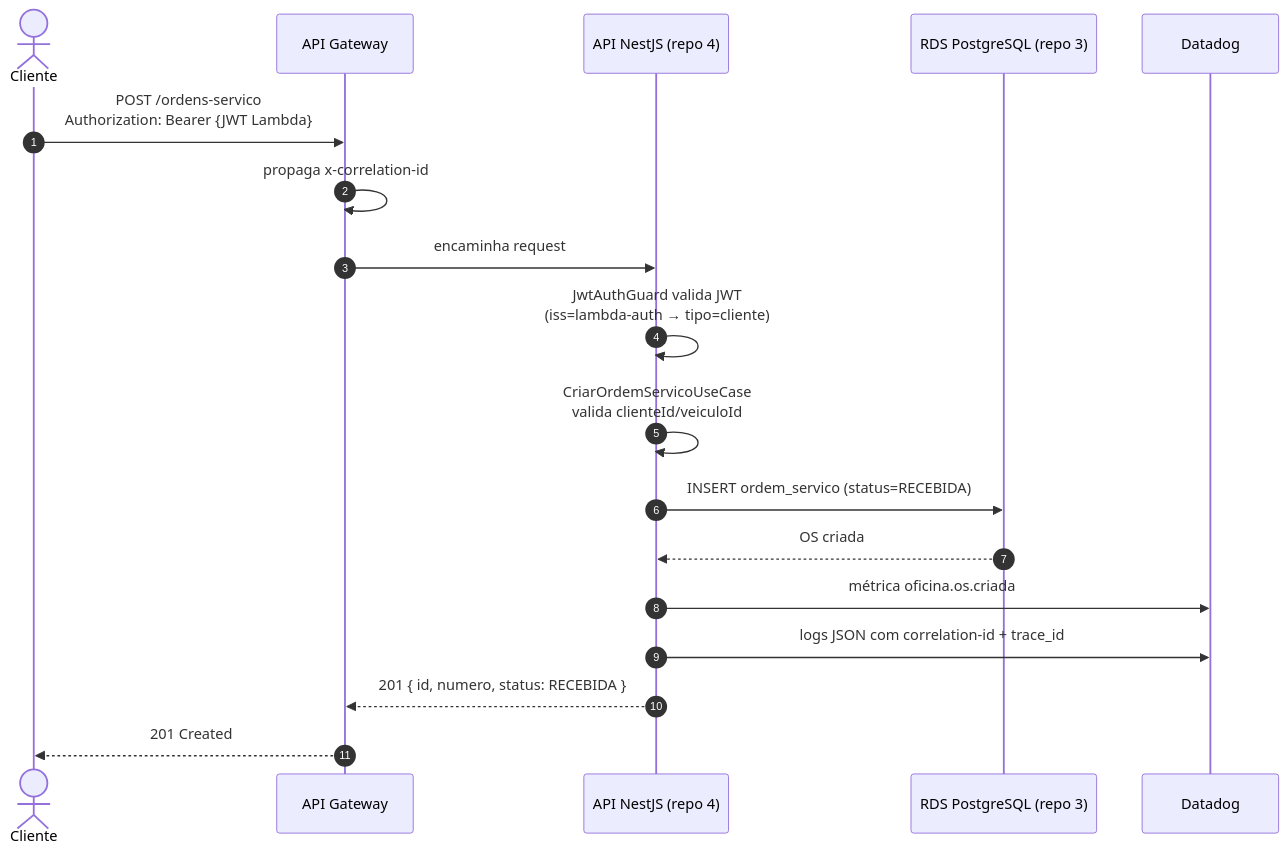
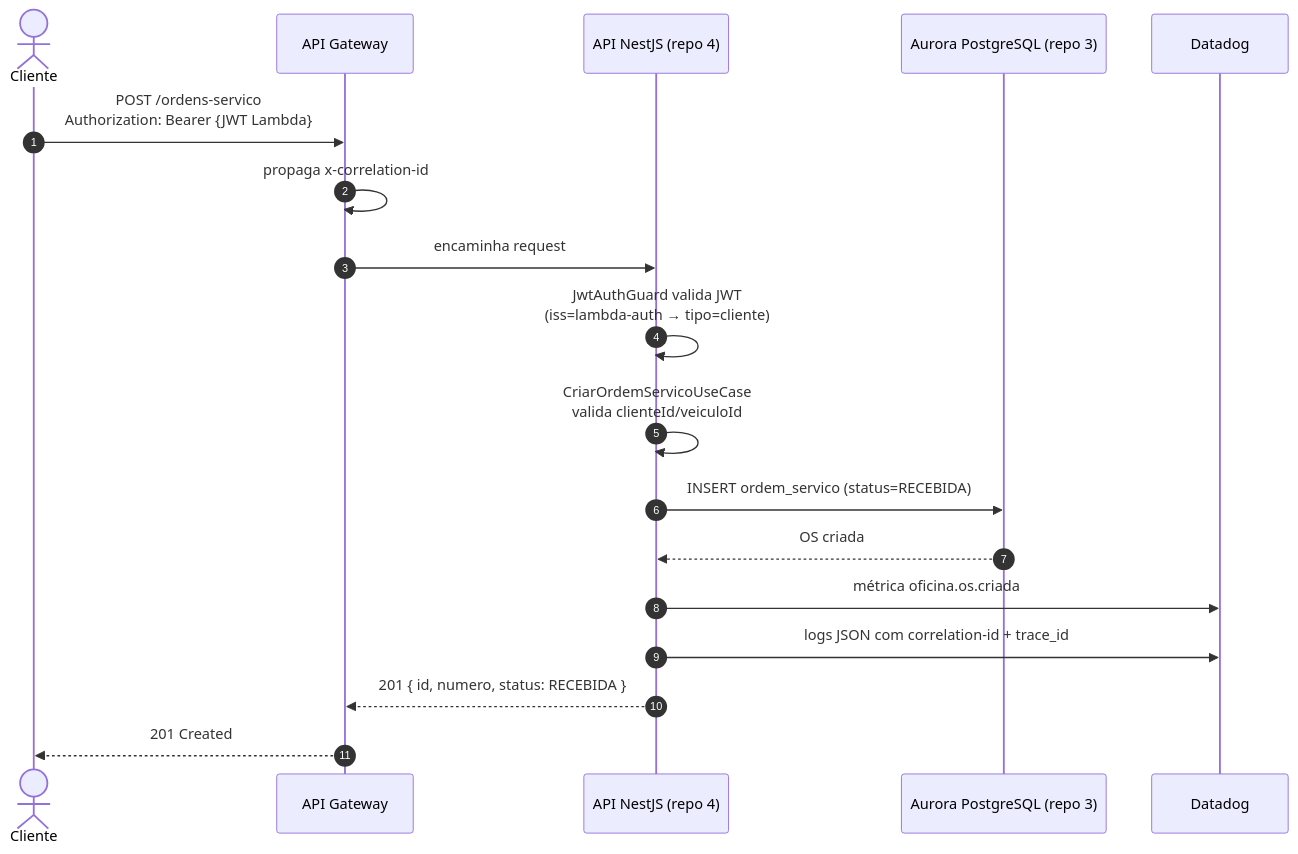
One commit to FernandoGreco/techChallengePosTech-Aplication changed the second of 3 diagrams in docs/architecture/sequencia-auth-os.md. Above: the diagram before and after it, drawn with Mermaid. The commit also changed other lines of this file and 38 other files, not shown here.

````diff
--- a/docs/architecture/sequencia-auth-os.md
+++ b/docs/architecture/sequencia-auth-os.md
@@ -38,22 +35,22 @@
 ```mermaid
 sequenceDiagram
     autonumber
     actor Cliente
     participant GW as API Gateway
     participant API as API NestJS (repo 4)
-    participant DB as RDS PostgreSQL (repo 3)
+    participant DB as Aurora PostgreSQL (repo 3)
     participant DD as Datadog
 
     Cliente->>GW: POST /ordens-servico<br/>Authorization: Bearer {JWT Lambda}
     GW->>GW: propaga x-correlation-id
     GW->>API: encaminha request
 
     API->>API: JwtAuthGuard valida JWT<br/>(iss=lambda-auth → tipo=cliente)
     API->>API: CriarOrdemServicoUseCase<br/>valida clienteId/veiculoId
     API->>DB: INSERT ordem_servico (status=RECEBIDA)
     DB-->>API: OS criada
     API->>DD: métrica oficina.os.criada
     API->>DD: logs JSON com correlation-id + trace_id
     API-->>GW: 201 { id, numero, status: RECEBIDA }
     GW-->>Cliente: 201 Created
 ```
````
